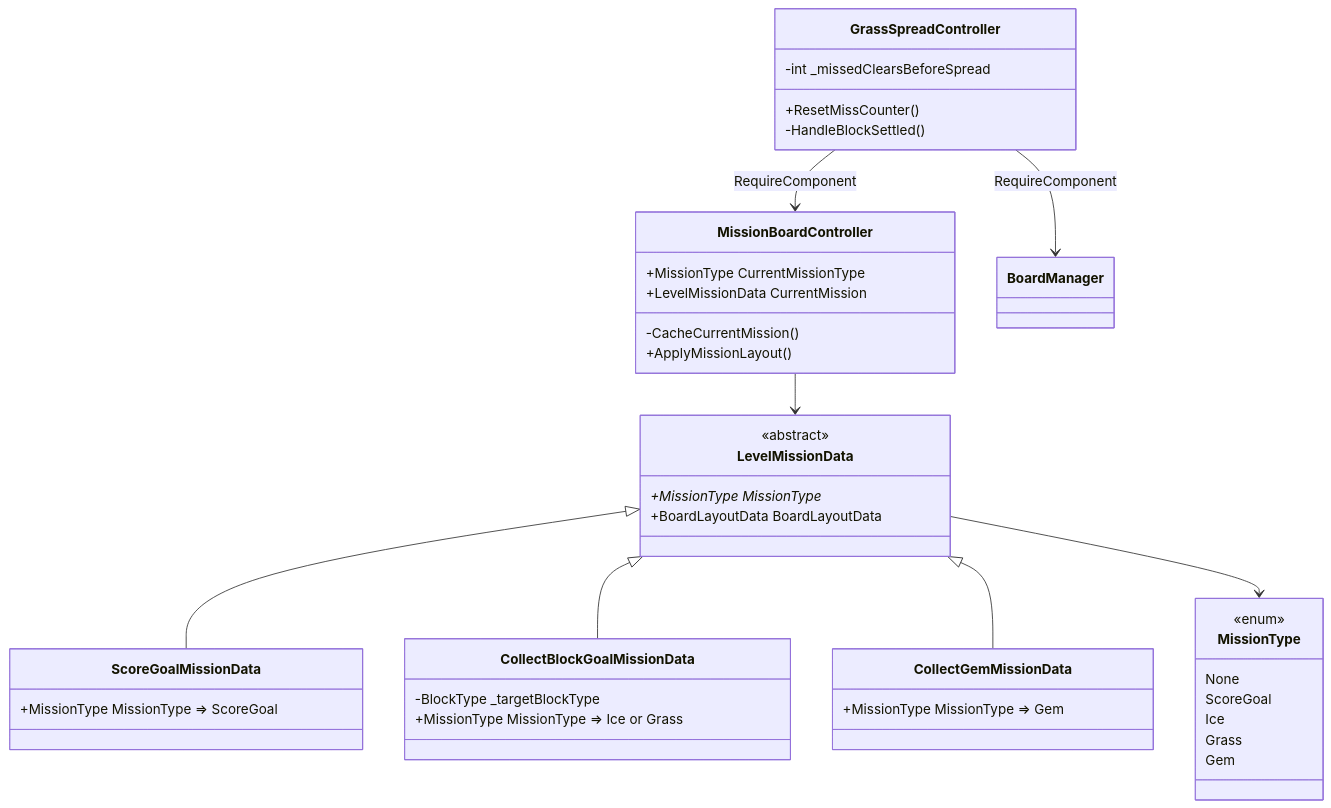
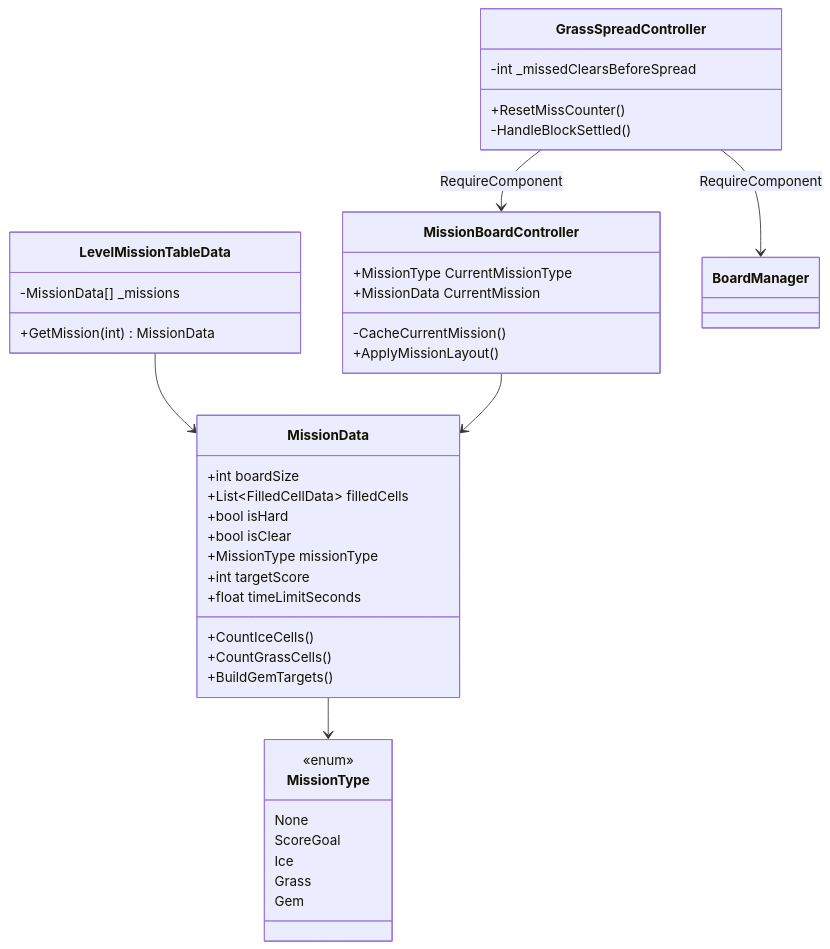
One commit to chlghksgml01/BlockPuzzle changed the third of 3 diagrams in docs/diagrams/mission-board-controller.md. Above: the diagram before and after it, drawn with Mermaid. The commit also changed other lines of this file and 38 other files, not shown here.

````diff
--- a/docs/diagrams/mission-board-controller.md
+++ b/docs/diagrams/mission-board-controller.md
@@ -66,51 +68,48 @@
 ```mermaid
 classDiagram
   class MissionType {
     <<enum>>
     None
     ScoreGoal
     Ice
     Grass
     Gem
   }
 
-  class LevelMissionData {
-    <<abstract>>
-    +MissionType MissionType*
-    +BoardLayoutData BoardLayoutData
+  class MissionData {
+    +int boardSize
+    +List~FilledCellData~ filledCells
+    +bool isHard
+    +bool isClear
+    +MissionType missionType
+    +int targetScore
+    +float timeLimitSeconds
+    +CountIceCells()
+    +CountGrassCells()
+    +BuildGemTargets()
   }
 
-  class ScoreGoalMissionData {
-    +MissionType MissionType => ScoreGoal
-  }
-
-  class CollectBlockGoalMissionData {
-    -BlockType _targetBlockType
-    +MissionType MissionType => Ice or Grass
-  }
-
-  class CollectGemMissionData {
-    +MissionType MissionType => Gem
+  class LevelMissionTableData {
+    -MissionData[] _missions
+    +GetMission(int) MissionData
   }
 
   class MissionBoardController {
     +MissionType CurrentMissionType
-    +LevelMissionData CurrentMission
+    +MissionData CurrentMission
     -CacheCurrentMission()
     +ApplyMissionLayout()
   }
 
   class GrassSpreadController {
     -int _missedClearsBeforeSpread
     +ResetMissCounter()
     -HandleBlockSettled()
   }
 
-  LevelMissionData <|-- ScoreGoalMissionData
-  LevelMissionData <|-- CollectBlockGoalMissionData
-  LevelMissionData <|-- CollectGemMissionData
-  LevelMissionData --> MissionType
-  MissionBoardController --> LevelMissionData
+  MissionData --> MissionType
+  LevelMissionTableData --> MissionData
+  MissionBoardController --> MissionData
   GrassSpreadController --> MissionBoardController : RequireComponent
   GrassSpreadController --> BoardManager : RequireComponent
 ```
````
